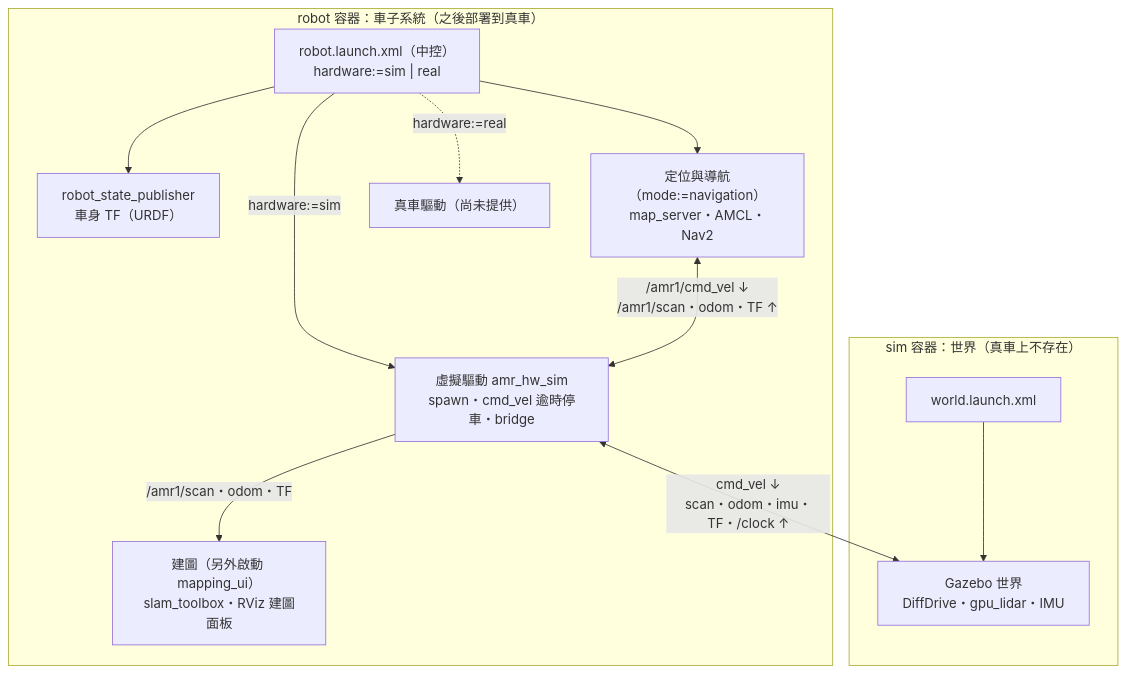
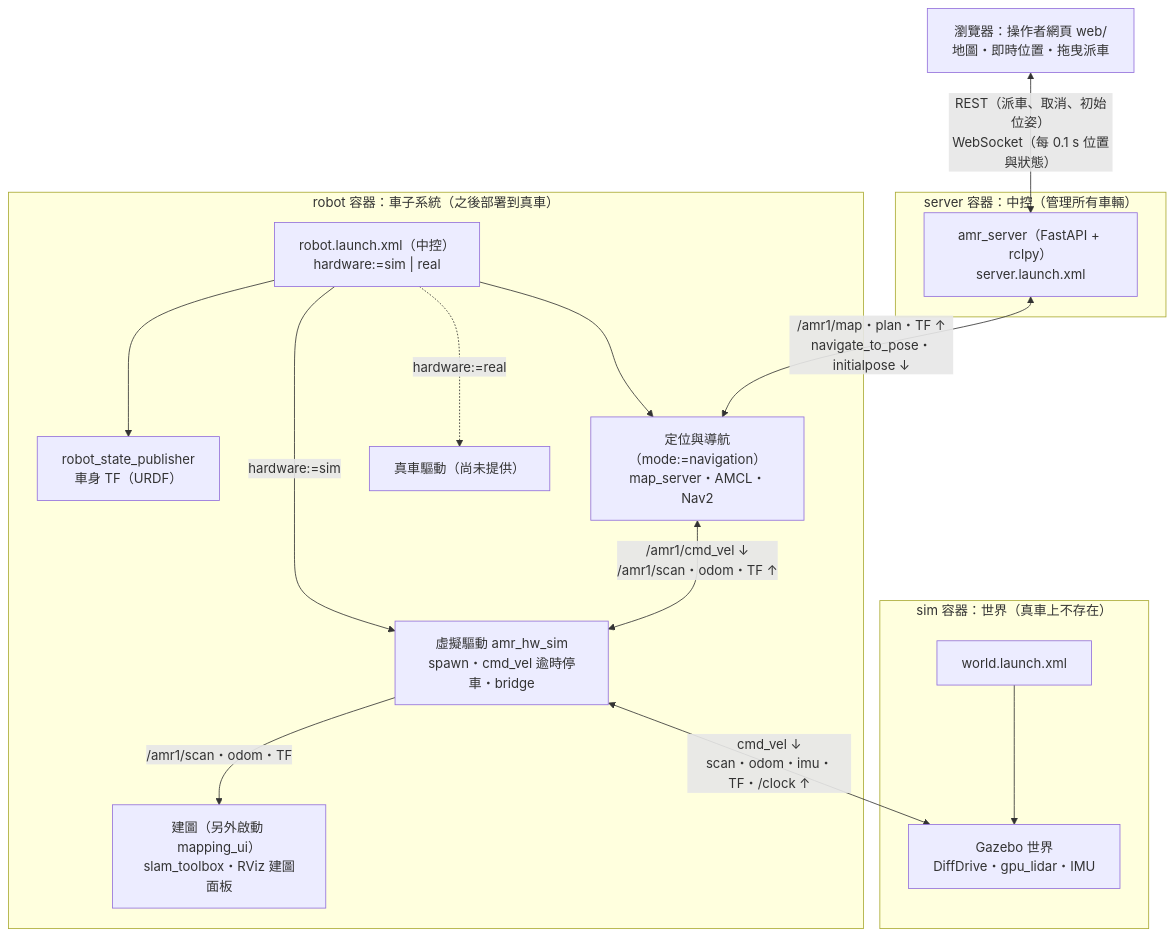
Before and after one commit to sasaegg/amr_simulate: the diagram in README.md, drawn with Mermaid. The commit also changed other lines of this file and 4 other files, not shown here.

Commit message:
docs: README 新增「7. 網頁派車」、架構圖加入 server 容器；開發摘要更新（task 4.3）

````diff
--- a/README.md
+++ b/README.md
@@ -12,21 +13,27 @@
 ```mermaid
 flowchart TB
   subgraph robot["robot 容器：車子系統（之後部署到真車）"]
     bringup["robot.launch.xml（中控）<br/>hardware:=sim | real"]
     rsp["robot_state_publisher<br/>車身 TF（URDF）"]
     nav["定位與導航（mode:=navigation）<br/>map_server・AMCL・Nav2"]
     mapping["建圖（另外啟動 mapping_ui）<br/>slam_toolbox・RViz 建圖面板"]
     hwsim["虛擬驅動 amr_hw_sim<br/>spawn・cmd_vel 逾時停車・bridge"]
     real["真車驅動（尚未提供）"]
     bringup --> rsp
     bringup --> nav
     bringup -- "hardware:=sim" --> hwsim
     bringup -. "hardware:=real" .-> real
     nav <-- "/amr1/cmd_vel ↓<br/>/amr1/scan・odom・TF ↑" --> hwsim
     hwsim -- "/amr1/scan・odom・TF" --> mapping
   end
   subgraph sim["sim 容器：世界（真車上不存在）"]
     world["world.launch.xml"] --> gz["Gazebo 世界<br/>DiffDrive・gpu_lidar・IMU"]
   end
   hwsim <-- "cmd_vel ↓<br/>scan・odom・imu・TF・/clock ↑" --> gz
+  subgraph server["server 容器：中控（管理所有車輛）"]
+    backend["amr_server（FastAPI + rclpy）<br/>server.launch.xml"]
+  end
+  browser["瀏覽器：操作者網頁 web/<br/>地圖・即時位置・拖曳派車"]
+  browser <-- "REST（派車、取消、初始位姿）<br/>WebSocket（每 0.1 s 位置與狀態）" --> backend
+  backend <-- "/amr1/map・plan・TF ↑<br/>navigate_to_pose・initialpose ↓" --> nav
 ```
````
